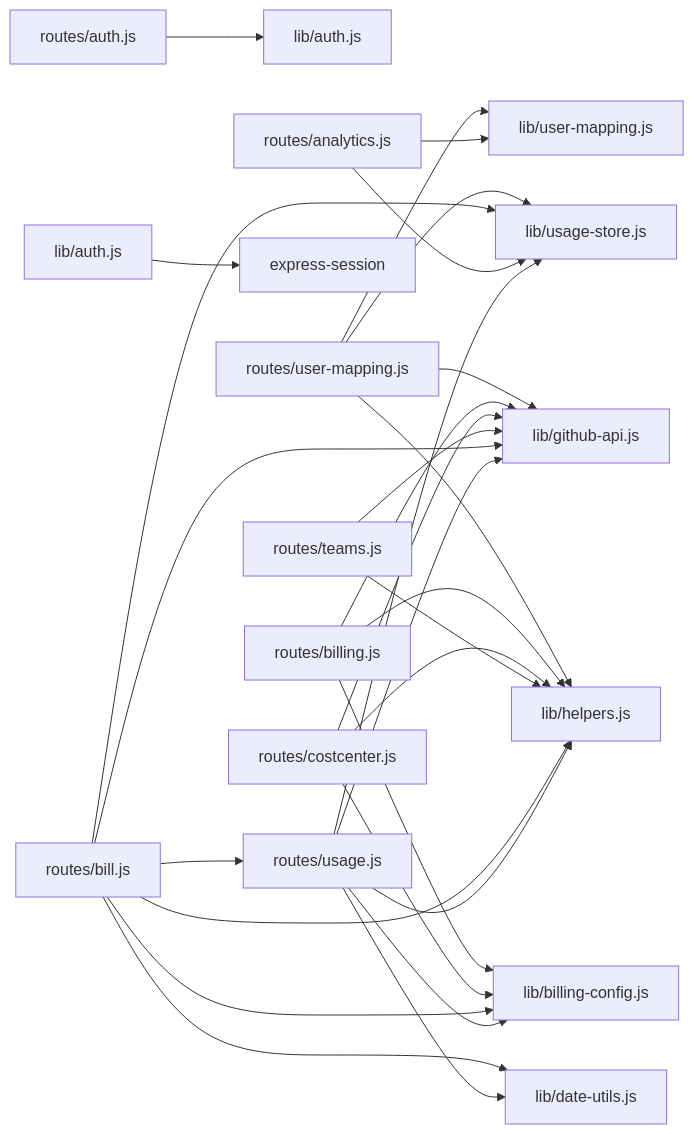
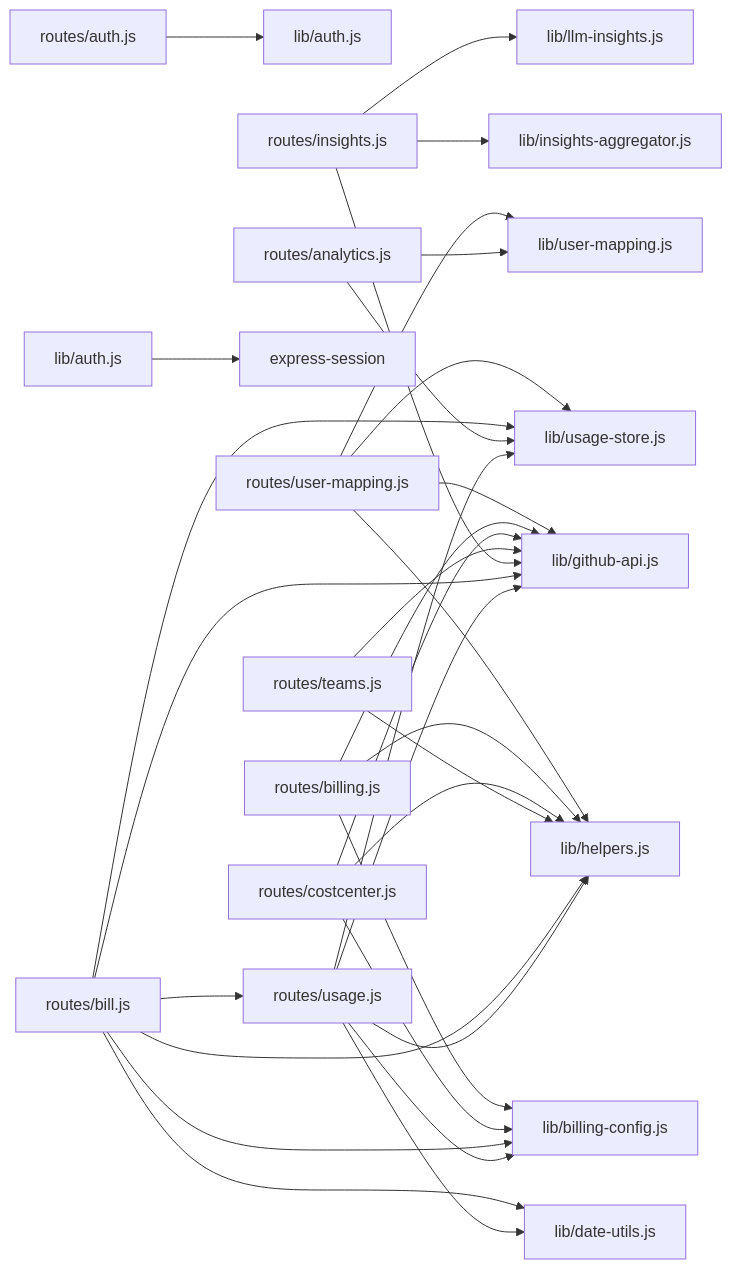
Before and after one commit to kissingwolf/CopilotEnterpriseUsageDisplay: the seventh of 7 diagrams in .qoder/repowiki/zh/content/路由系统/路由系统.md, drawn with Mermaid. The commit also changed other lines of this file and 4 other files, not shown here.

Commit message:
docs(wiki): update repowiki with LLM insights system and related module docs

````diff
--- a/.qoder/repowiki/zh/content/路由系统/路由系统.md
+++ b/.qoder/repowiki/zh/content/路由系统/路由系统.md
@@ -409,30 +507,33 @@
 ```mermaid
 graph LR
 Auth["routes/auth.js"] --> AuthLib["lib/auth.js"]
 Usage["routes/usage.js"] --> Store["lib/usage-store.js"]
 Usage --> GH["lib/github-api.js"]
 Usage --> Helpers["lib/helpers.js"]
 Usage --> Config["lib/billing-config.js"]
 Usage --> Dates["lib/date-utils.js"]
 Analytics["routes/analytics.js"] --> Store
 Analytics --> Mapping["lib/user-mapping.js"]
 Bill["routes/bill.js"] --> Store
 Bill --> GH
 Bill --> Helpers
 Bill --> Config
 Bill --> Dates
 Bill --> Usage
 AuthGuard["lib/auth.js"] --> Session["express-session"]
+Insights["routes/insights.js"] --> GH
+Insights --> LLM["lib/llm-insights.js"]
+Insights --> Agg["lib/insights-aggregator.js"]
 Teams["routes/teams.js"] --> GH
 Teams --> Helpers
 CostCenter["routes/costcenter.js"] --> GH
 CostCenter --> Helpers
 CostCenter --> Config
 Billing["routes/billing.js"] --> GH
 Billing --> Helpers
 Billing --> Config
 UserMap["routes/user-mapping.js"] --> Mapping
 UserMap --> Store
 UserMap --> GH
 UserMap --> Helpers
 ```
````
